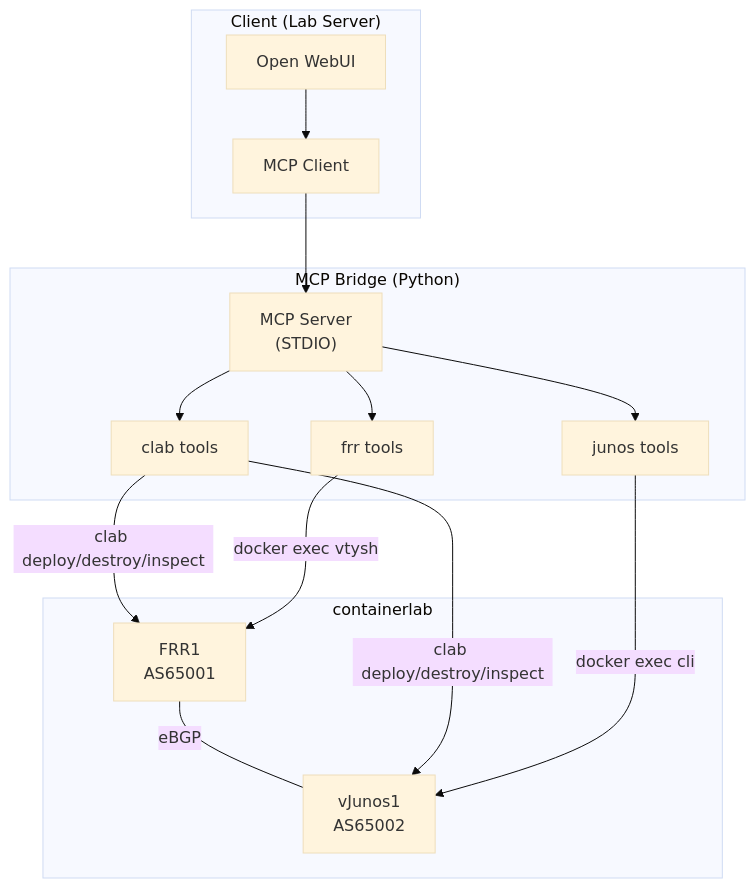
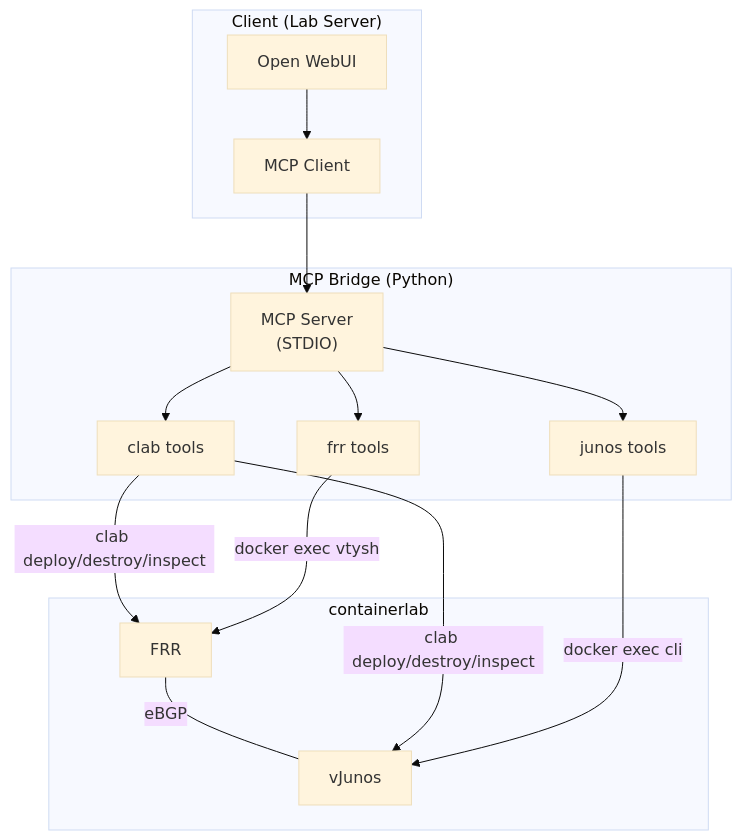
One commit to nkchan/clab-ai-orchestrator changed the diagram in docs/architecture.md. Above: the diagram before and after it, drawn with Mermaid (base theme). The commit also changed other lines of this file and 15 other files, not shown here.

First line of the commit message:
docs: convert all documentation to English, generalize README architecture

````diff
--- a/docs/architecture.md
+++ b/docs/architecture.md
@@ -5,30 +5,30 @@
 ```mermaid
 graph TB
     subgraph "Client (Lab Server)"
         WEBUI["Open WebUI"]
         MCP_CLIENT["MCP Client"]
     end
 
     subgraph "MCP Bridge (Python)"
         SERVER["MCP Server<br/>(STDIO)"]
         CLAB_TOOL["clab tools"]
         FRR_TOOL["frr tools"]
         JUNOS_TOOL["junos tools"]
         SERVER --> CLAB_TOOL
         SERVER --> FRR_TOOL
         SERVER --> JUNOS_TOOL
     end
 
     subgraph "containerlab"
-        FRR1["FRR1<br/>AS65001"]
-        VJUNOS1["vJunos1<br/>AS65002"]
+        FRR1["FRR"]
+        VJUNOS1["vJunos"]
         FRR1 ---|"eBGP"| VJUNOS1
     end
 
     WEBUI --> MCP_CLIENT
     MCP_CLIENT --> SERVER
     CLAB_TOOL --> |"clab deploy/destroy/inspect"| FRR1
     CLAB_TOOL --> |"clab deploy/destroy/inspect"| VJUNOS1
     FRR_TOOL --> |"docker exec vtysh"| FRR1
     JUNOS_TOOL --> |"docker exec cli"| VJUNOS1
 ```
````
